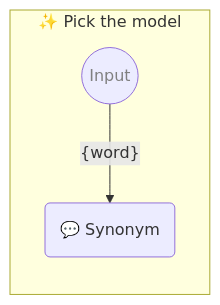
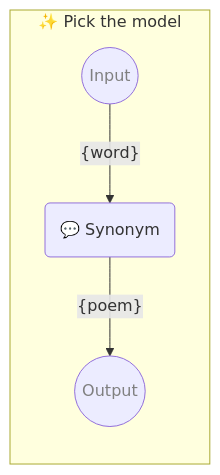
Before and after one commit to webgptorg/promptbook: the diagram in samples/templates/11-picking-model.ptbk.md, drawn with Mermaid. The commit also changed other lines of this file and 43 other files, not shown here.

````diff
--- a/samples/templates/11-picking-model.ptbk.md
+++ b/samples/templates/11-picking-model.ptbk.md
@@ -12,16 +13,20 @@
 ```mermaid
 %% 🔮 Tip: Open this on GitHub or in the VSCode website to see the Mermaid graph visually
 
 flowchart LR
   subgraph "✨ Pick the model"
 
       direction TB
 
       input((Input)):::input
       templateSynonym(💬 Synonym)
       input--"{word}"-->templateSynonym
 
+      templateSynonym--"{poem}"-->output
+      output((Output)):::output
+
       classDef input color: grey;
+      classDef output color: grey;
 
   end;
 ```
````
